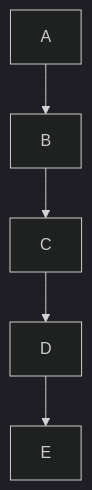
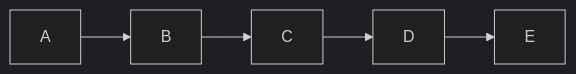
Before and after one commit to hamster-i/list: the diagram in README.md, drawn with Mermaid (dark theme).

````diff
--- a/README.md
+++ b/README.md
@@ -7,4 +7,4 @@
    ```mermaid
-   graph TD;
+   graph LR;
     A-->B-->C-->D-->E;
    ```
````
